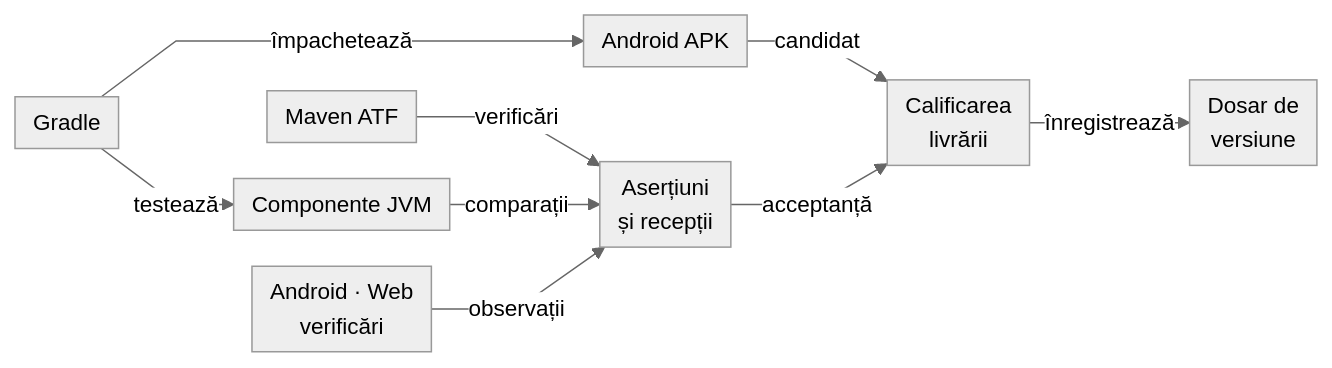
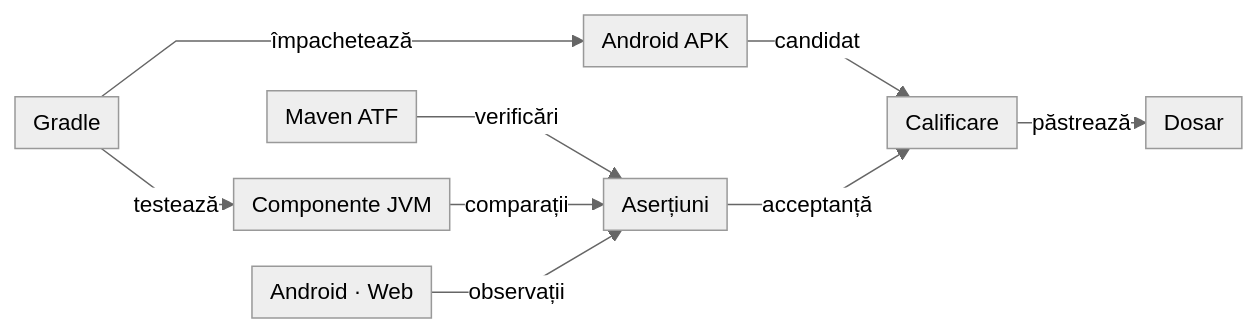
Before and after one commit to crististefanita/whist: the third of 4 diagrams in README.md, drawn with Mermaid. The commit also changed other lines of this file, not shown here.

Commit message:
docs: pastreaza diagramele prezentarii in limitele compacte

````diff
--- a/README.md
+++ b/README.md
@@ -120,20 +120,20 @@
 ```mermaid
 %%{init: {"theme":"neutral","themeVariables":{"fontSize":"15px"},"themeCSS":".edgeLabel, .edgeLabel p { font-size: 12px !important; } .node rect { rx: 6px; ry: 6px; }","flowchart":{"curve":"linear","nodeSpacing":24,"rankSpacing":20,"padding":6},"sequence":{"mirrorActors":false,"messageMargin":24}}}%%
 flowchart LR
     Gradle["Gradle"]
     APK["Android APK"]
     JVM["Componente JVM"]
     Maven["Maven ATF"]
-    Platform["Android · Web<br/>verificări"]
-    Evidence["Aserțiuni<br/>și recepții"]
-    Gate["Calificarea<br/>livrării"]
-    Dossier["Dosar de<br/>versiune"]
+    Platform["Android · Web"]
+    Evidence["Aserțiuni"]
+    Gate["Calificare"]
+    Dossier["Dosar"]
     Gradle -->|împachetează| APK
     Gradle -->|testează| JVM
     Maven -->|verificări| Evidence
     JVM -->|comparații| Evidence
     APK -->|candidat| Gate
     Platform -->|observații| Evidence
     Evidence -->|acceptanță| Gate
-    Gate -->|înregistrează| Dossier
+    Gate -->|păstrează| Dossier
 ```
````
